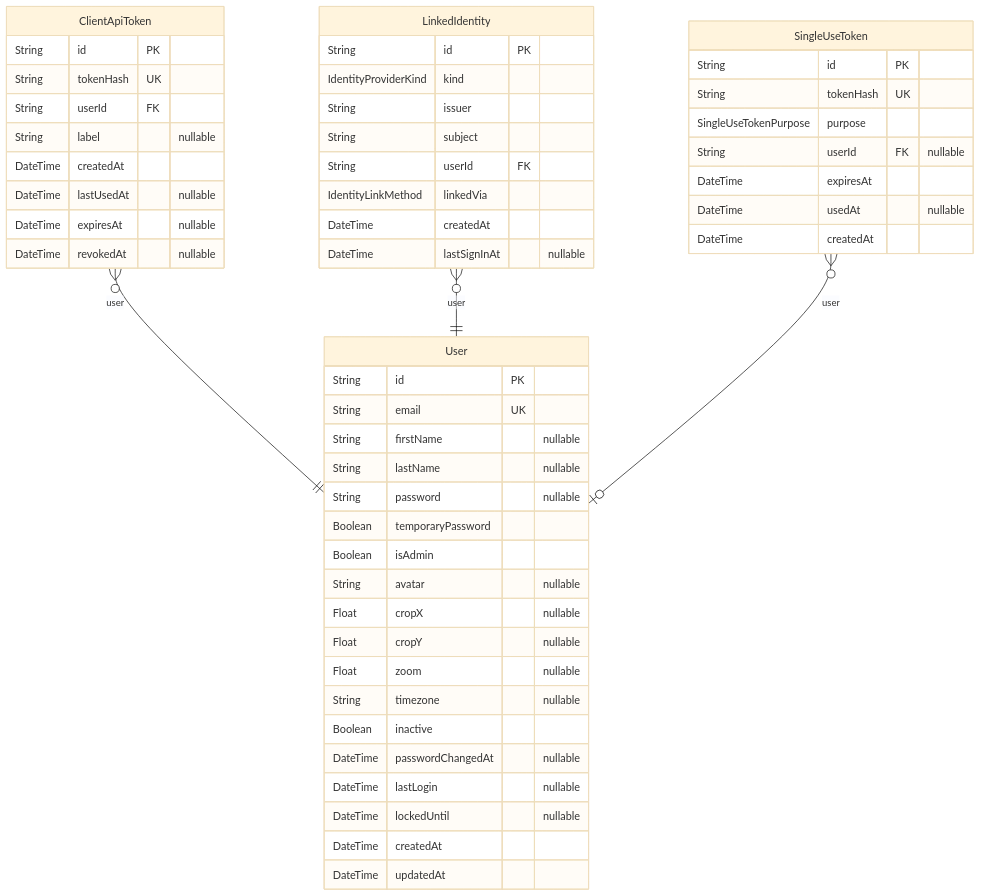
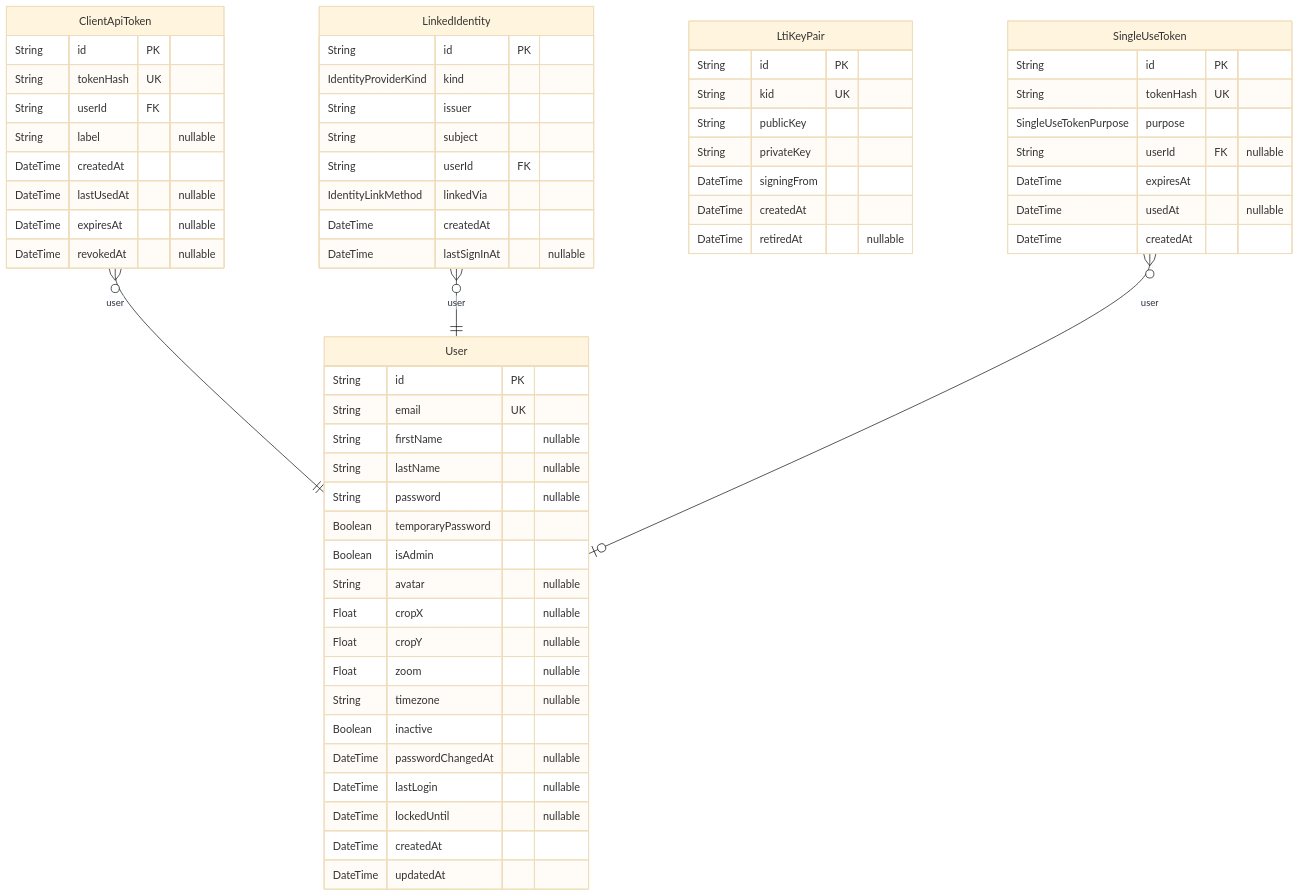
One commit to PennStateCS/AFCT changed the first of 5 diagrams in docs-site/docs/reference/database-schema.md. Above: the diagram before and after it, drawn with Mermaid (base theme). The commit also changed other lines of this file and 10 other files, not shown here.

First line of the commit message:
AFCT's LTI signing keypair and its public keyset

````diff
--- a/docs-site/docs/reference/database-schema.md
+++ b/docs-site/docs/reference/database-schema.md
@@ -13,55 +13,64 @@
 ```mermaid
 erDiagram
 "User" {
   String id PK
   String email UK
   String firstName "nullable"
   String lastName "nullable"
   String password "nullable"
   Boolean temporaryPassword
   Boolean isAdmin
   String avatar "nullable"
   Float cropX "nullable"
   Float cropY "nullable"
   Float zoom "nullable"
   String timezone "nullable"
   Boolean inactive
   DateTime passwordChangedAt "nullable"
   DateTime lastLogin "nullable"
   DateTime lockedUntil "nullable"
   DateTime createdAt
   DateTime updatedAt
 }
 "ClientApiToken" {
   String id PK
   String tokenHash UK
   String userId FK
   String label "nullable"
   DateTime createdAt
   DateTime lastUsedAt "nullable"
   DateTime expiresAt "nullable"
   DateTime revokedAt "nullable"
 }
 "LinkedIdentity" {
   String id PK
   IdentityProviderKind kind
   String issuer
   String subject
   String userId FK
   IdentityLinkMethod linkedVia
   DateTime createdAt
   DateTime lastSignInAt "nullable"
 }
+"LtiKeyPair" {
+  String id PK
+  String kid UK
+  String publicKey
+  String privateKey
+  DateTime signingFrom
+  DateTime createdAt
+  DateTime retiredAt "nullable"
+}
 "SingleUseToken" {
   String id PK
   String tokenHash UK
   SingleUseTokenPurpose purpose
   String userId FK "nullable"
   DateTime expiresAt
   DateTime usedAt "nullable"
   DateTime createdAt
 }
 "ClientApiToken" }o--|| "User" : user
 "LinkedIdentity" }o--|| "User" : user
 "SingleUseToken" }o--o| "User" : user
 ```
````
